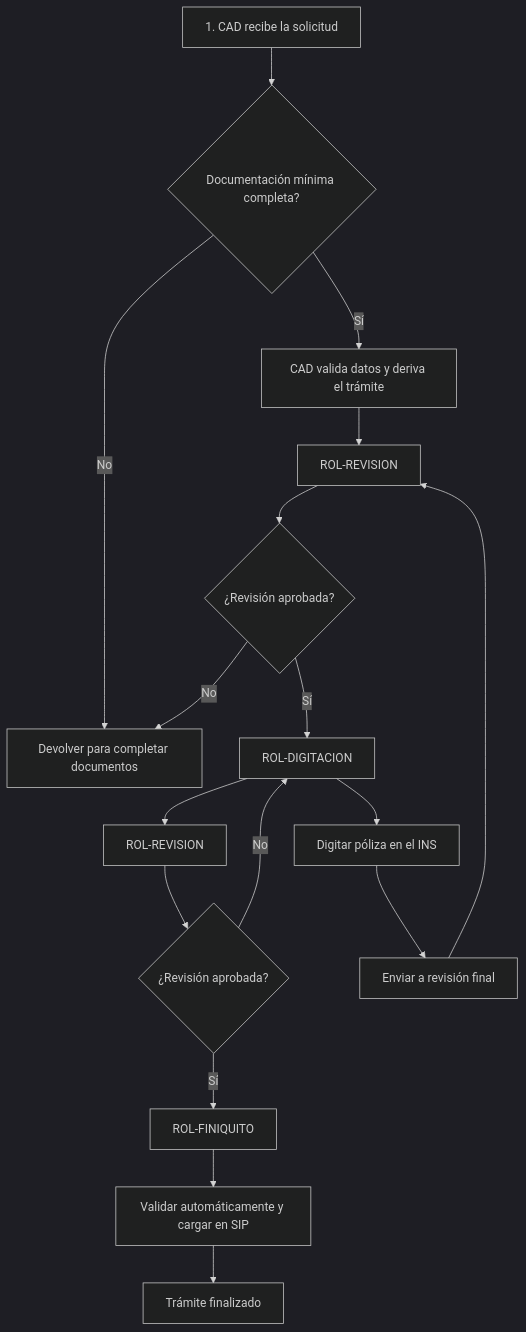
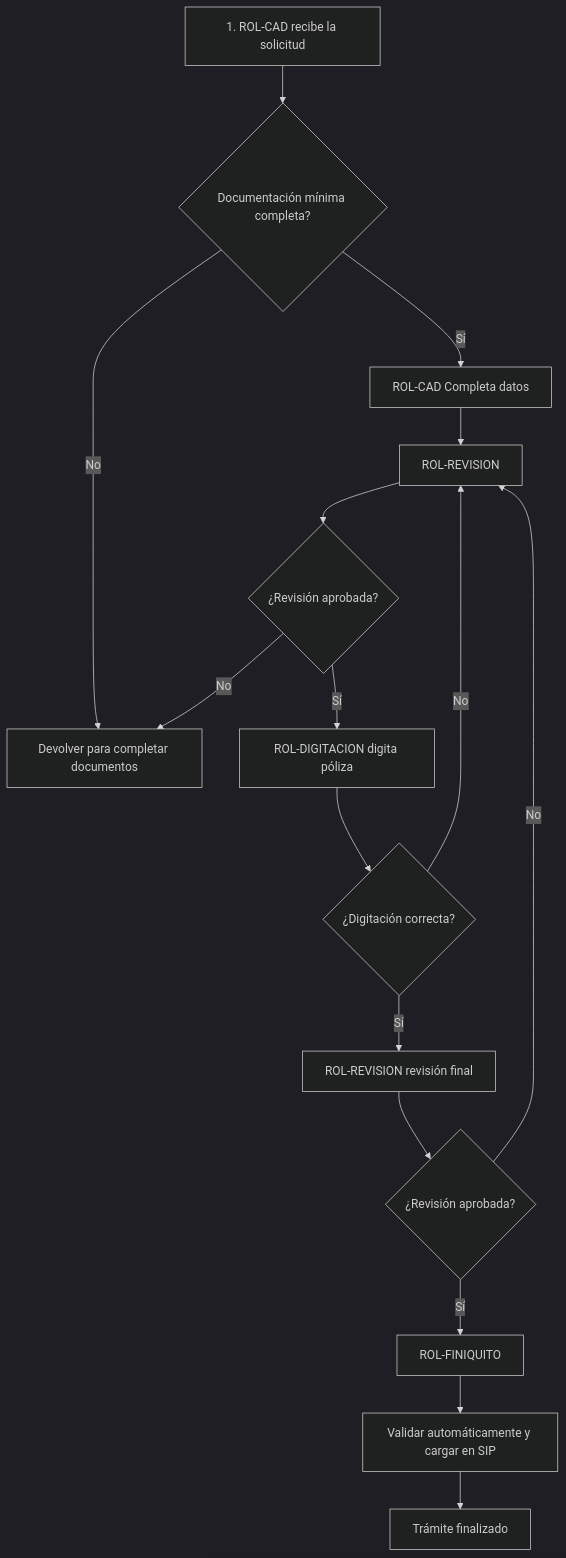
Before and after one commit to LuisPignataro/Tramites-Docs: the diagram in Docs/tramites/emision-hogar-comprensivo.md, drawn with Mermaid (dark theme). The commit also changed other lines of this file and 2 other files, not shown here.

````diff
--- a/Docs/tramites/emision-hogar-comprensivo.md
+++ b/Docs/tramites/emision-hogar-comprensivo.md
@@ -67,24 +77,23 @@
 ```mermaid
 flowchart TD
-  A[1. CAD recibe la solicitud] --> B{Documentación mínima completa?}
+  A[1. ROL-CAD recibe la solicitud] --> B{Documentación mínima completa?}
   B -->|No| C[Devolver para completar documentos]
-  B -->|Sí| D[CAD valida datos y deriva el trámite]
+  B -->|Sí| D[ROL-CAD Completa datos]
 
   D --> F[ROL-REVISION]
     
   F --> J{¿Revisión aprobada?}
   J -->|No| C
-  J -->|Sí| H[ROL-DIGITACION]
+  J -->|Sí| H[ROL-DIGITACION digita póliza]
 
-  H --> R[ROL-REVISION]
+  H --> K{¿Digitación correcta?}
+  K -->|No| F
+  K -->|Sí| R[ROL-REVISION revisión final]
+  
   R --> S{¿Revisión aprobada?}
-  S -->|No| H
+  S -->|No| F
   S -->|Sí| I[ROL-FINIQUITO]
-  
-  H --> L[Digitar póliza en el INS]
-  L --> M[Enviar a revisión final]
-  M --> F
 
   I --> N[Validar automáticamente y cargar en SIP]
   N --> O[Trámite finalizado]
 ```
````
